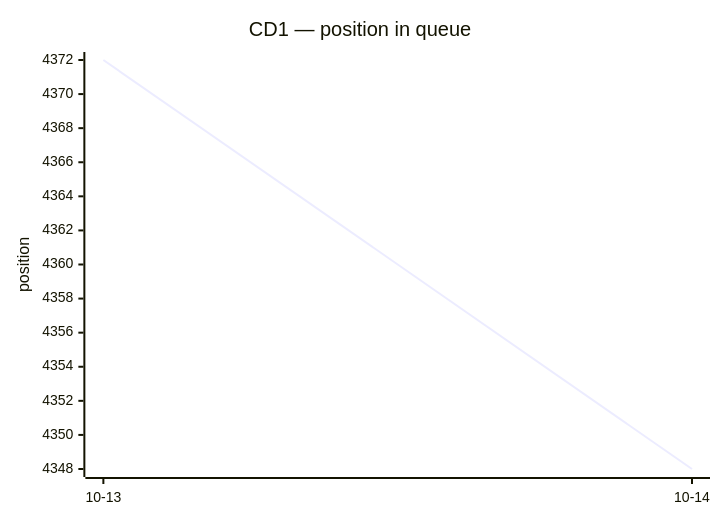
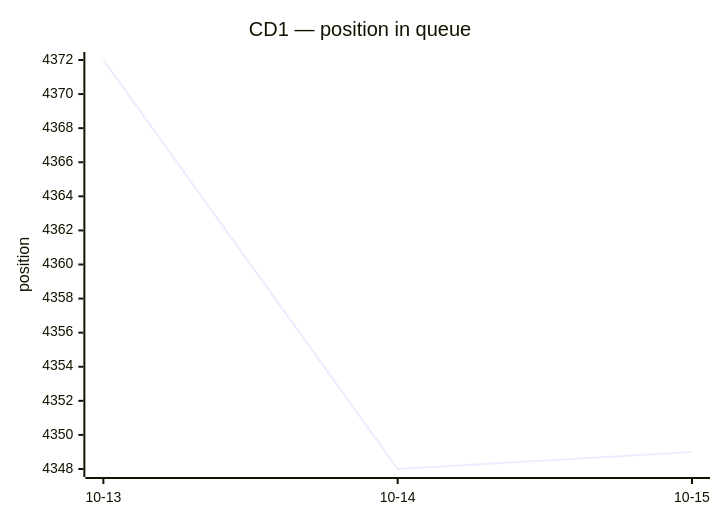
The second of 2 diagrams in queue/README.md (thyarles/thyarles), drawn with Mermaid before and after one commit. The commit also changed other lines of this file and 2 other files, not shown here.

````diff
--- a/queue/README.md
+++ b/queue/README.md
@@ -101,7 +101,7 @@
 ```mermaid
 xychart-beta
   title "CD1 — position in queue"
-  x-axis ["10-13", "10-14"]
+  x-axis ["10-13", "10-14", "10-15"]
   y-axis "position"
-  line [4372, 4348]
+  line [4372, 4348, 4349]
 ```
````
